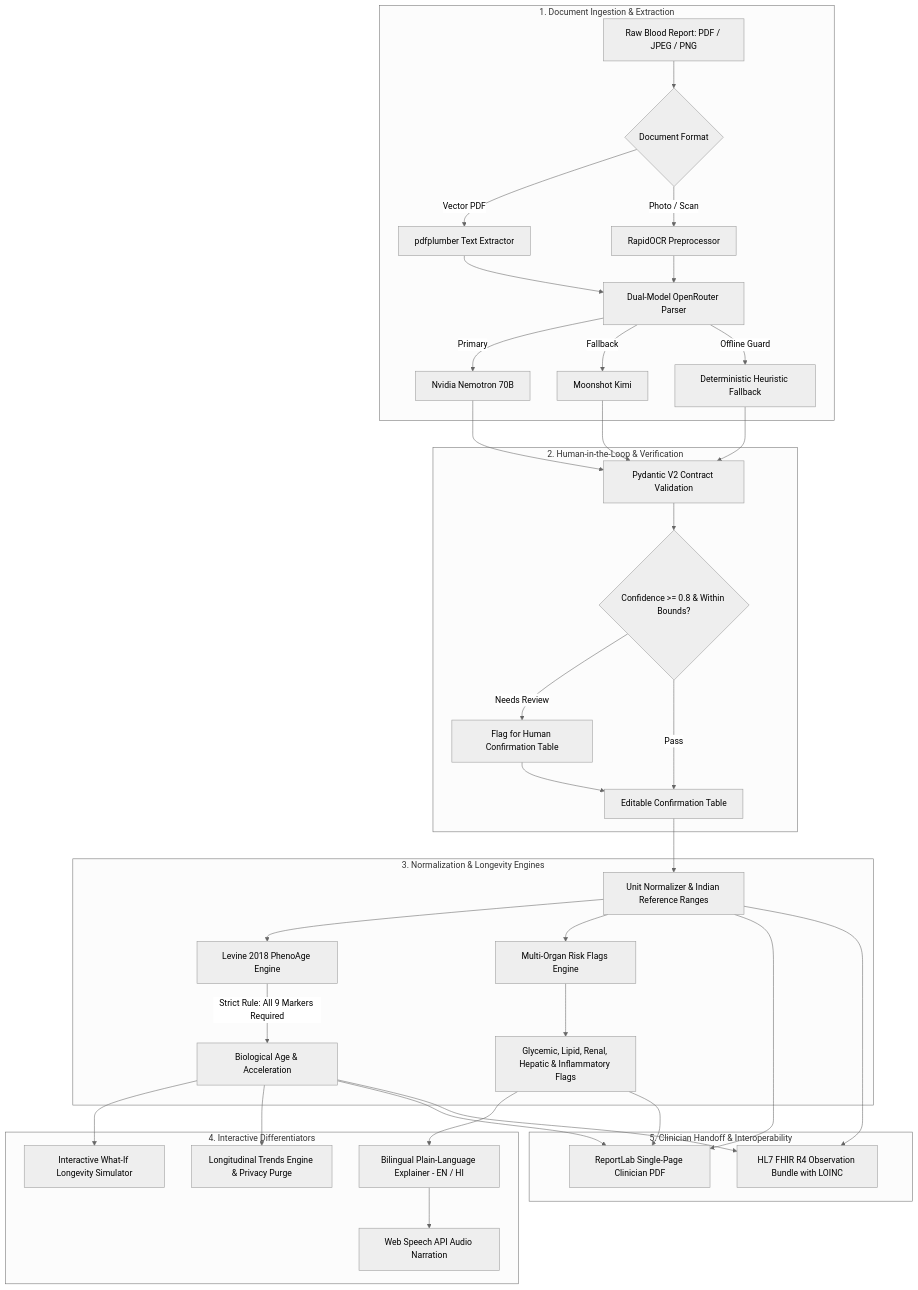
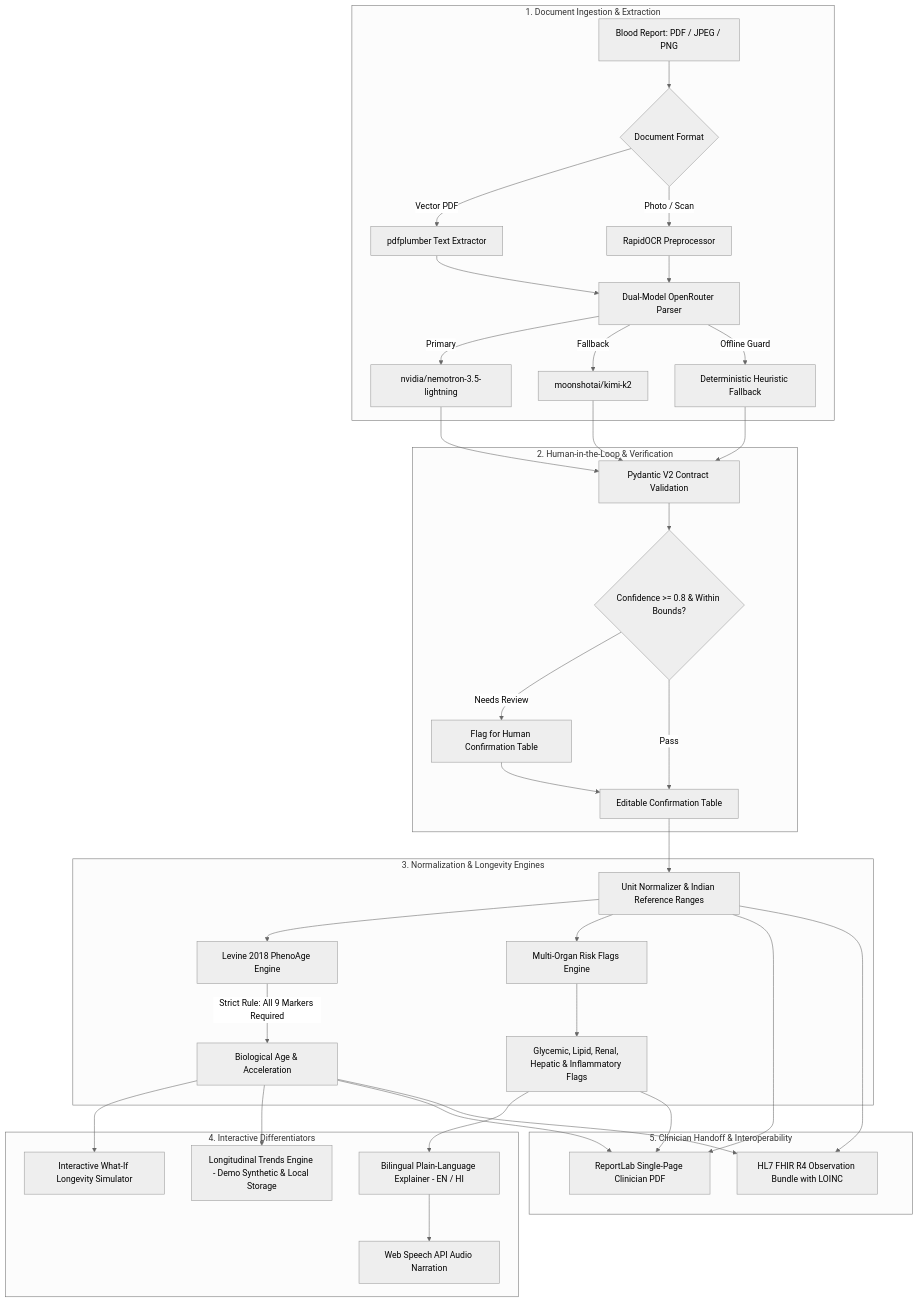
One commit to SanchitKRai/Healthspan-Passport changed the diagram in README.md. Above: the diagram before and after it, drawn with Mermaid (neutral theme). The commit also changed other lines of this file and 13 other files, not shown here.

````diff
--- a/README.md
+++ b/README.md
@@ -15,43 +15,43 @@
 ```mermaid
 flowchart TD
     subgraph INGESTION["1. Document Ingestion & Extraction"]
-        A[Raw Blood Report: PDF / JPEG / PNG] --> B{Document Format}
+        A[Blood Report: PDF / JPEG / PNG] --> B{Document Format}
         B -->|Vector PDF| C[pdfplumber Text Extractor]
         B -->|Photo / Scan| D[RapidOCR Preprocessor]
         C --> E[Dual-Model OpenRouter Parser]
         D --> E
-        E -->|Primary| F[Nvidia Nemotron 70B]
-        E -->|Fallback| G[Moonshot Kimi]
+        E -->|Primary| F[nvidia/nemotron-3.5-lightning]
+        E -->|Fallback| G[moonshotai/kimi-k2]
         E -->|Offline Guard| H[Deterministic Heuristic Fallback]
     end
 
     subgraph SAFETY["2. Human-in-the-Loop & Verification"]
         F --> I[Pydantic V2 Contract Validation]
         G --> I
         H --> I
         I --> J{Confidence >= 0.8 & Within Bounds?}
         J -->|Needs Review| K[Flag for Human Confirmation Table]
         J -->|Pass| L[Editable Confirmation Table]
         K --> L
     end
 
     subgraph ENGINES["3. Normalization & Longevity Engines"]
         L --> M[Unit Normalizer & Indian Reference Ranges]
         M --> N[Levine 2018 PhenoAge Engine]
         M --> O[Multi-Organ Risk Flags Engine]
         N -->|Strict Rule: All 9 Markers Required| P[Biological Age & Acceleration]
         O --> Q[Glycemic, Lipid, Renal, Hepatic & Inflammatory Flags]
     end
 
     subgraph DIFFERENTIATORS["4. Interactive Differentiators"]
         P --> R[Interactive What-If Longevity Simulator]
-        P --> S[Longitudinal Trends Engine & Privacy Purge]
+        P --> S[Longitudinal Trends Engine - Demo Synthetic & Local Storage]
         Q --> T[Bilingual Plain-Language Explainer - EN / HI]
         T --> U[Web Speech API Audio Narration]
     end
 
     subgraph HANDOFF["5. Clinician Handoff & Interoperability"]
         P & Q & M --> V[ReportLab Single-Page Clinician PDF]
         P & M --> W[HL7 FHIR R4 Observation Bundle with LOINC]
     end
 ```
````
